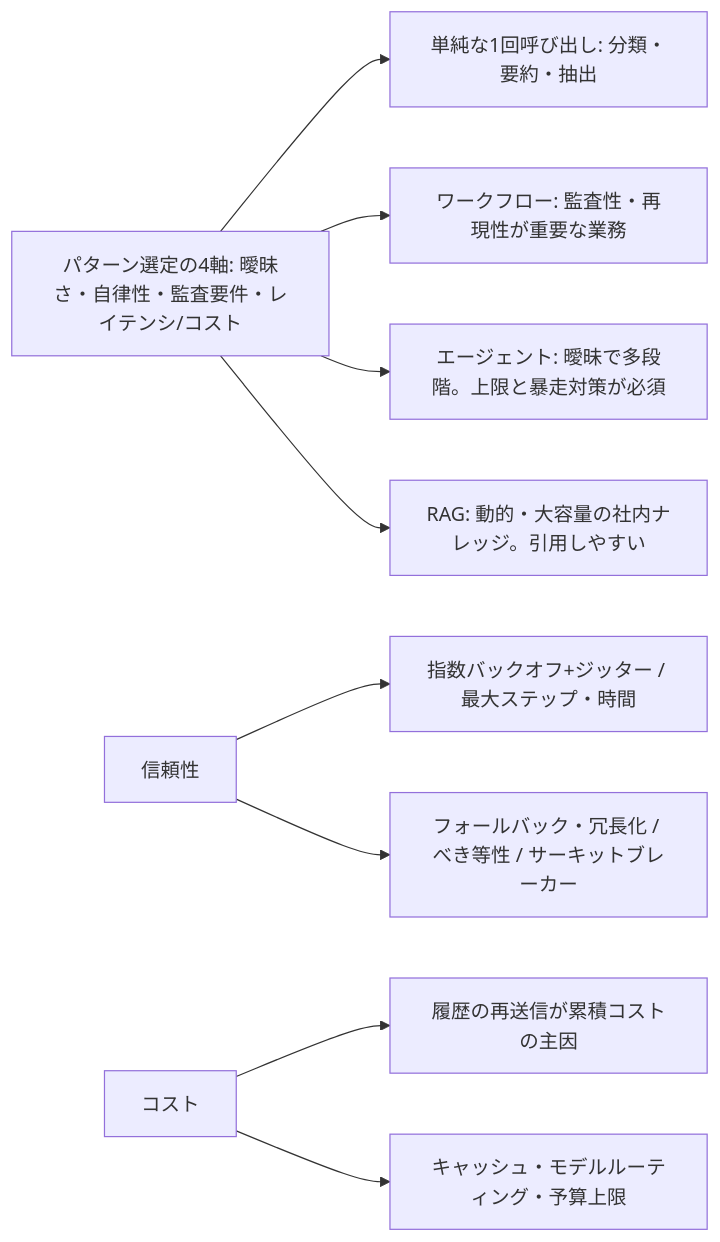
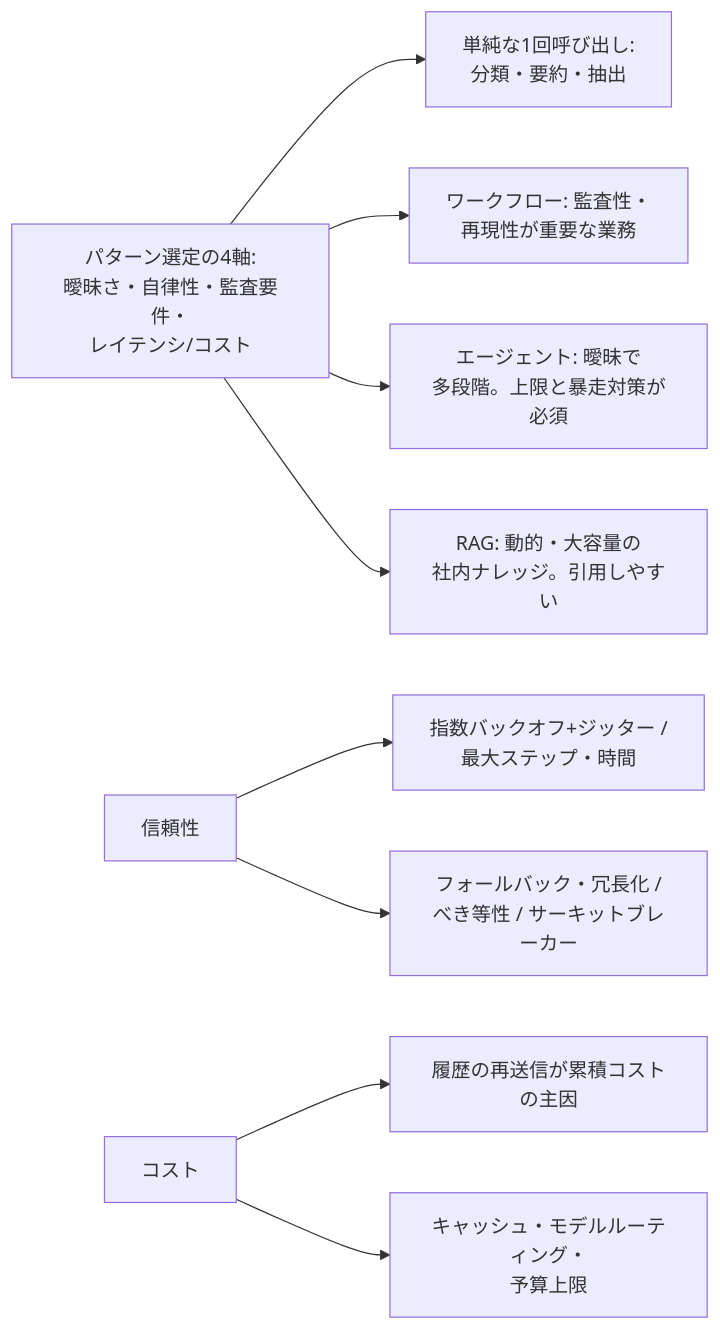
The third of 8 diagrams in claude/architect-professional/overview.md (shingo0321/study), drawn with Mermaid before and after one commit. The commit also changed other lines of this file and 5 other files, not shown here.

First line of the commit message:
Mermaid俯瞰図を横スクロールなしで表示できるよう調整

````diff
--- a/claude/architect-professional/overview.md
+++ b/claude/architect-professional/overview.md
@@ -77,11 +77,11 @@
 ```mermaid
 flowchart LR
-  S["パターン選定の4軸: 曖昧さ・自律性・監査要件・レイテンシ/コスト"] --> P1["単純な1回呼び出し: 分類・要約・抽出"]
-  S --> P2["ワークフロー: 監査性・再現性が重要な業務"]
-  S --> P3["エージェント: 曖昧で多段階。上限と暴走対策が必須"]
-  S --> P4["RAG: 動的・大容量の社内ナレッジ。引用しやすい"]
-  R["信頼性"] --> R1["指数バックオフ+ジッター / 最大ステップ・時間"]
-  R --> R2["フォールバック・冗長化 / べき等性 / サーキットブレーカー"]
+  S["パターン選定の4軸:<br/>曖昧さ・自律性・監査要件・<br/>レイテンシ/コスト"] --> P1["単純な1回呼び出し:<br/>分類・要約・抽出"]
+  S --> P2["ワークフロー: 監査性・<br/>再現性が重要な業務"]
+  S --> P3["エージェント: 曖昧で<br/>多段階。上限と暴走対策が必須"]
+  S --> P4["RAG: 動的・大容量の<br/>社内ナレッジ。引用しやすい"]
+  R["信頼性"] --> R1["指数バックオフ+ジッター /<br/>最大ステップ・時間"]
+  R --> R2["フォールバック・冗長化 /<br/>べき等性 / サーキットブレーカー"]
   C["コスト"] --> C1["履歴の再送信が累積コストの主因"]
-  C --> C2["キャッシュ・モデルルーティング・予算上限"]
+  C --> C2["キャッシュ・モデルルーティング・<br/>予算上限"]
 ```
````
